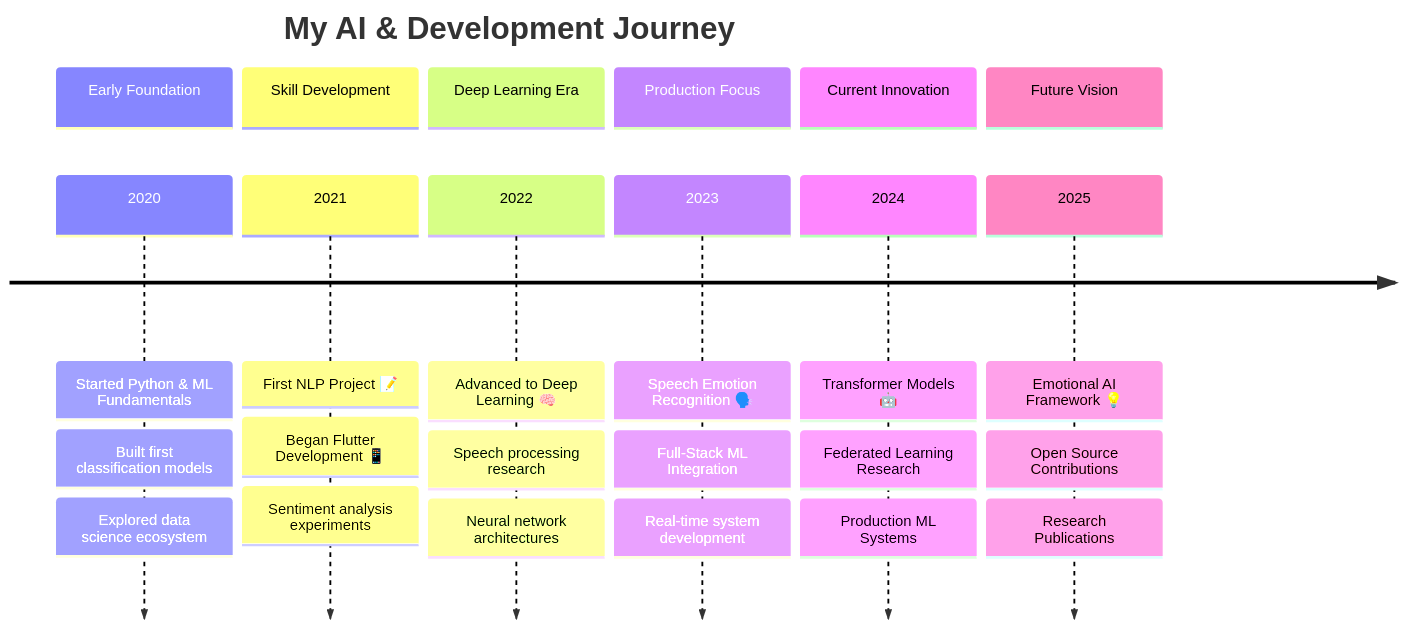
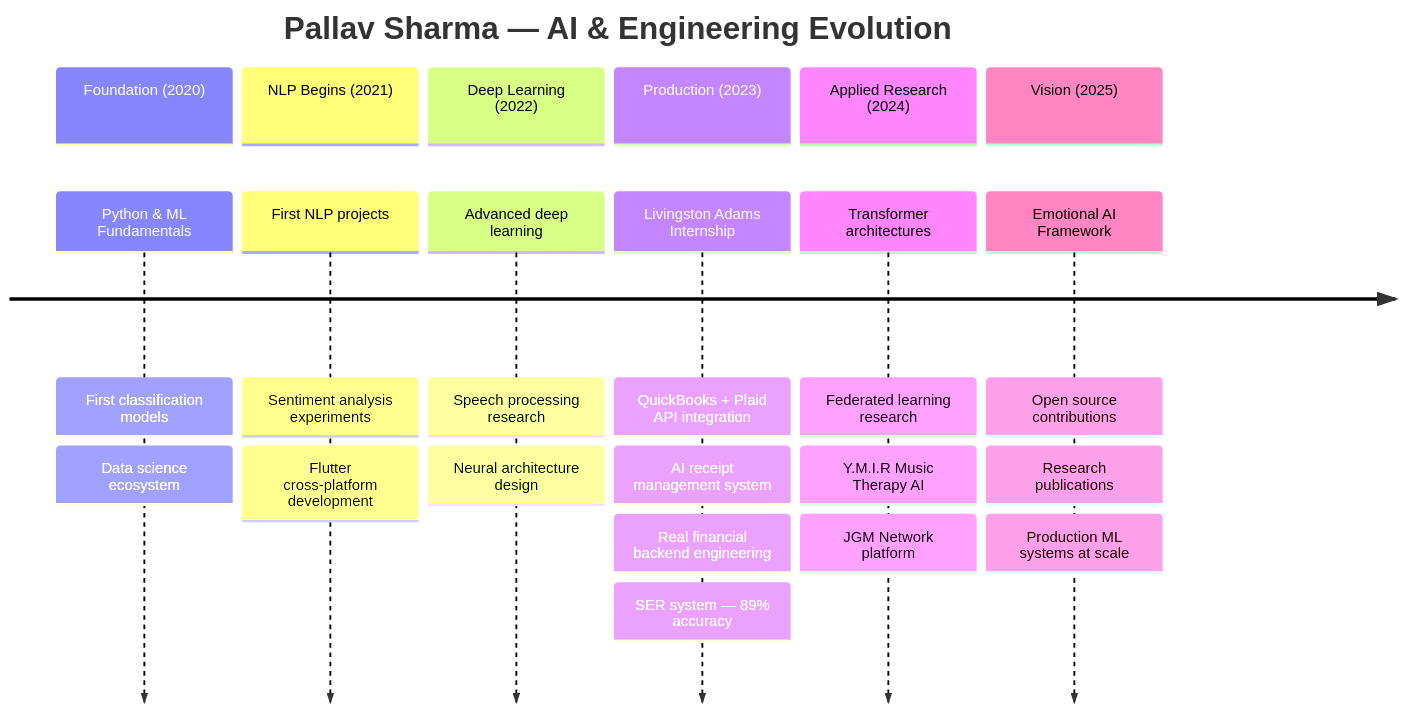
Before and after one commit to pallav110/pallav110: the diagram in README.md, drawn with Mermaid. The commit also changed other lines of this file, not shown here.

````diff
--- a/README.md
+++ b/README.md
@@ -133,34 +134,38 @@
 ```mermaid
 timeline
-    title My AI & Development Journey
-    
-    section Early Foundation
-    2020 : Started Python & ML Fundamentals
-         : Built first classification models
-         : Explored data science ecosystem
-         
-    section Skill Development  
-    2021 : First NLP Project 📝
-         : Began Flutter Development 📱
-         : Sentiment analysis experiments
-         
-    section Deep Learning Era
-    2022 : Advanced to Deep Learning 🧠
-         : Speech processing research
-         : Neural network architectures
-         
-    section Production Focus
-    2023 : Speech Emotion Recognition 🗣️
-         : Full-Stack ML Integration
-         : Real-time system development
-         
-    section Current Innovation
-    2024 : Transformer Models 🤖
-         : Federated Learning Research
-         : Production ML Systems
-         
-    section Future Vision
-    2025 : Emotional AI Framework 💡
-         : Open Source Contributions
-         : Research Publications
+    title Pallav Sharma — AI & Engineering Evolution
+
+    section Foundation (2020)
+        Python & ML Fundamentals
+        : First classification models
+        : Data science ecosystem
+
+    section NLP Begins (2021)
+        First NLP projects
+        : Sentiment analysis experiments
+        : Flutter cross-platform development
+
+    section Deep Learning (2022)
+        Advanced deep learning
+        : Speech processing research
+        : Neural architecture design
+
+    section Production (2023)
+        Livingston Adams Internship
+        : QuickBooks + Plaid API integration
+        : AI receipt management system
+        : Real financial backend engineering
+        : SER system — 89% accuracy
+
+    section Applied Research (2024)
+        Transformer architectures
+        : Federated learning research
+        : Y.M.I.R Music Therapy AI
+        : JGM Network platform
+
+    section Vision (2025)
+        Emotional AI Framework
+        : Open source contributions
+        : Research publications
+        : Production ML systems at scale
 ```
````
